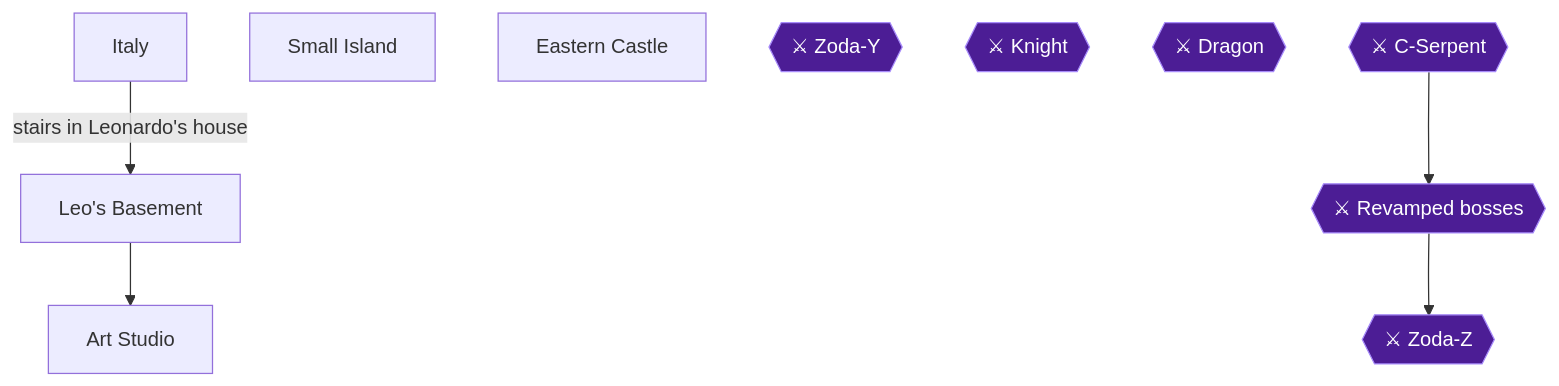
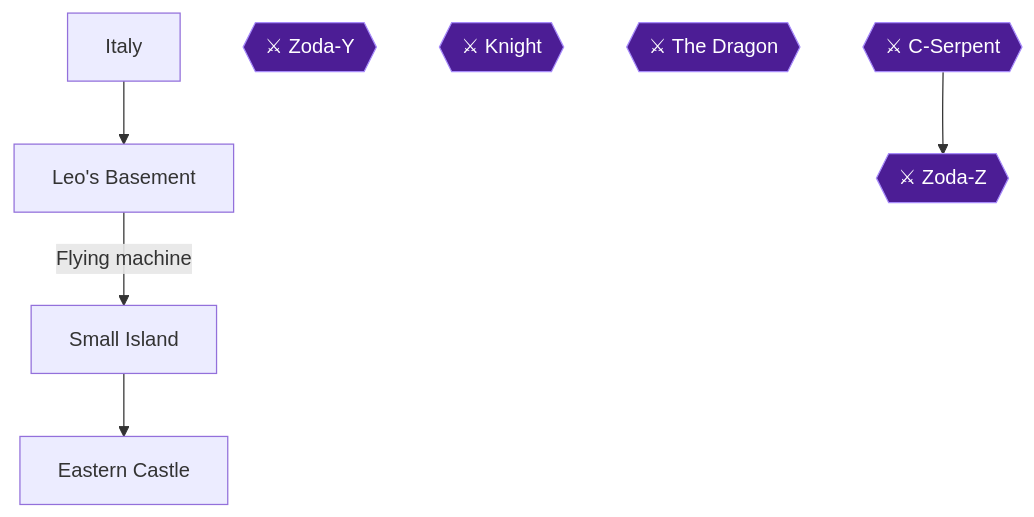
Before and after one commit to MajinFro/retro-walkthroughs: the eighth of 11 diagrams in content/research/1984/06_graph.md, drawn with Mermaid. The commit also changed other lines of this file and 100 other files, not shown here.

````diff
--- a/content/research/1984/06_graph.md
+++ b/content/research/1984/06_graph.md
@@ -341,21 +300,19 @@
 ```mermaid
 flowchart TD
   Italy["Italy"]
-  Leos_Basement["Leo's Basement"]
-  Art_Studio["Art Studio"]
-  Small_Island["Small Island"]
-  Eastern_Castle["Eastern Castle"]
-  Zoda_Y{{"⚔ Zoda-Y"}}
+  LeosBasement["Leo's Basement"]
+  SmallIsland["Small Island"]
+  EasternCastle["Eastern Castle"]
+  ZodaY{{"⚔ Zoda-Y"}}
   Knight{{"⚔ Knight"}}
-  Dragon{{"⚔ Dragon"}}
-  C_Serpent{{"⚔ C-Serpent"}}
-  Boss_Rematches{{"⚔ Revamped bosses"}}
-  Zoda_Z{{"⚔ Zoda-Z"}}
-  Italy -->|stairs in Leonardo's house| Leos_Basement
-  Leos_Basement --> Art_Studio
-  C_Serpent --> Boss_Rematches
-  Boss_Rematches --> Zoda_Z
+  Dragon{{"⚔ The Dragon"}}
+  CSerpent{{"⚔ C-Serpent"}}
+  ZodaZ{{"⚔ Zoda-Z"}}
+  Italy --> LeosBasement
+  LeosBasement -->|"Flying machine"| SmallIsland
+  SmallIsland --> EasternCastle
+  CSerpent --> ZodaZ
   classDef ponr fill:#7f1d1d,stroke:#f87171,color:#fff;
   classDef boss fill:#4c1d95,stroke:#a78bfa,color:#fff;
-  class Zoda_Y,Knight,Dragon,C_Serpent,Boss_Rematches,Zoda_Z boss;
+  class ZodaY,Knight,Dragon,CSerpent,ZodaZ boss;
 ```
````
